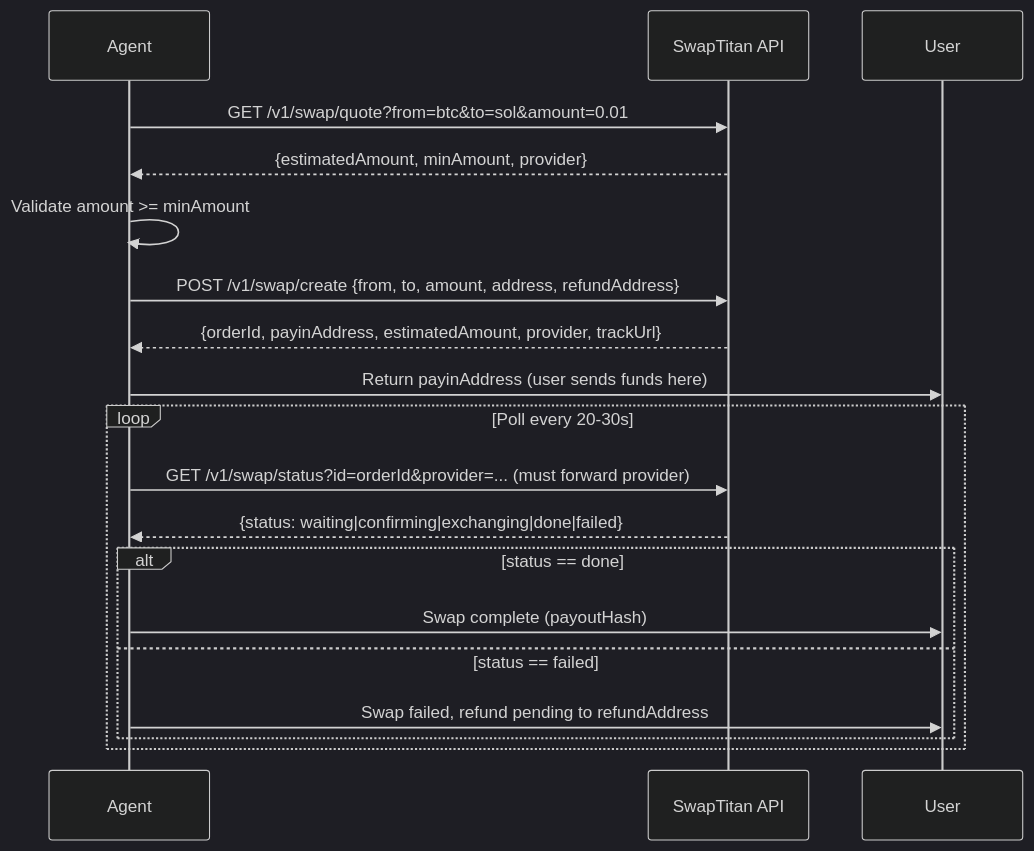
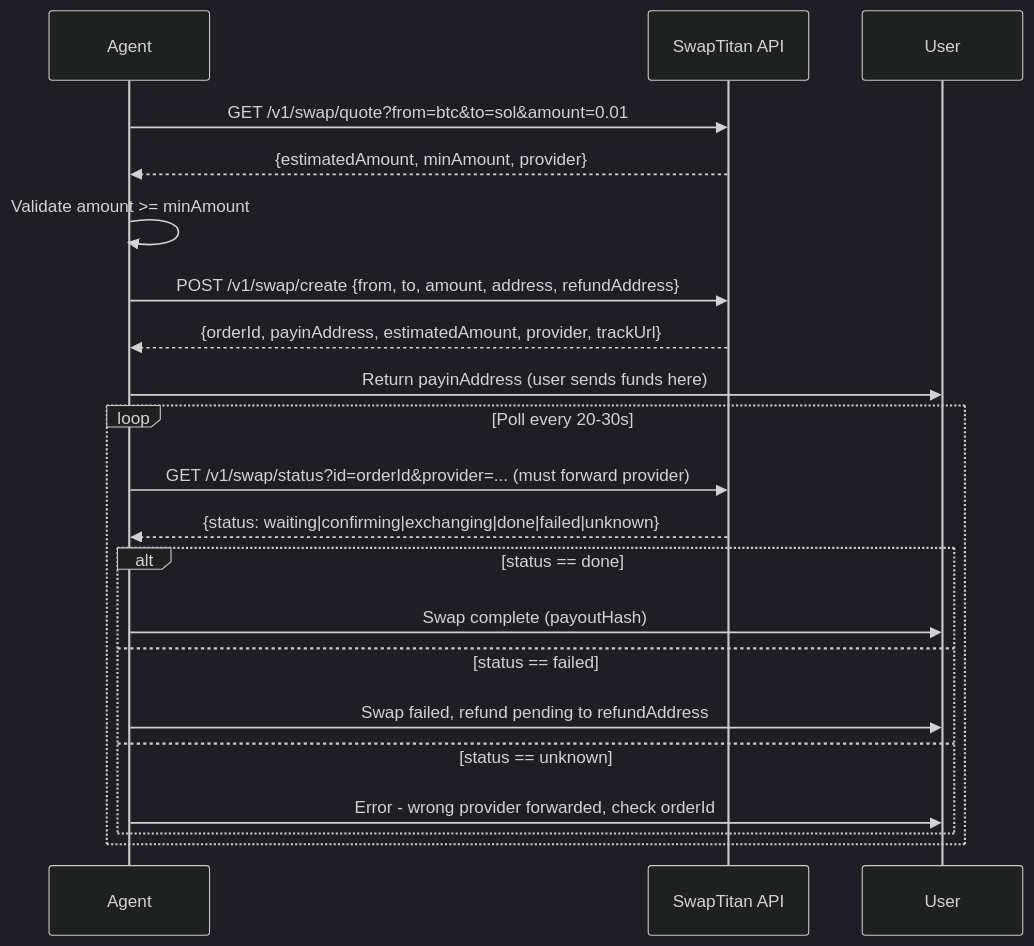
Before and after one commit to polsolbridge/pay-skills: the diagram in providers/swaptitan/swap/PAY.md, drawn with Mermaid (dark theme). The commit also changed other lines of this file, not shown here.

Commit message:
Fix: add unknown status to enum + error field in status response

````diff
--- a/providers/swaptitan/swap/PAY.md
+++ b/providers/swaptitan/swap/PAY.md
@@ -47,26 +47,28 @@
 ```mermaid
 sequenceDiagram
     participant Agent
     participant SwapTitan as SwapTitan API
     participant User
 
     Agent->>SwapTitan: GET /v1/swap/quote?from=btc&to=sol&amount=0.01
     SwapTitan-->>Agent: {estimatedAmount, minAmount, provider}
 
     Agent->>Agent: Validate amount >= minAmount
 
     Agent->>SwapTitan: POST /v1/swap/create {from, to, amount, address, refundAddress}
     SwapTitan-->>Agent: {orderId, payinAddress, estimatedAmount, provider, trackUrl}
 
     Agent->>User: Return payinAddress (user sends funds here)
 
     loop Poll every 20-30s
         Agent->>SwapTitan: GET /v1/swap/status?id=orderId&provider=... (must forward provider)
-        SwapTitan-->>Agent: {status: waiting|confirming|exchanging|done|failed}
+        SwapTitan-->>Agent: {status: waiting|confirming|exchanging|done|failed|unknown}
         alt status == done
             Agent->>User: Swap complete (payoutHash)
         else status == failed
             Agent->>User: Swap failed, refund pending to refundAddress
+        else status == unknown
+            Agent->>User: Error - wrong provider forwarded, check orderId
         end
     end
 ```
````
